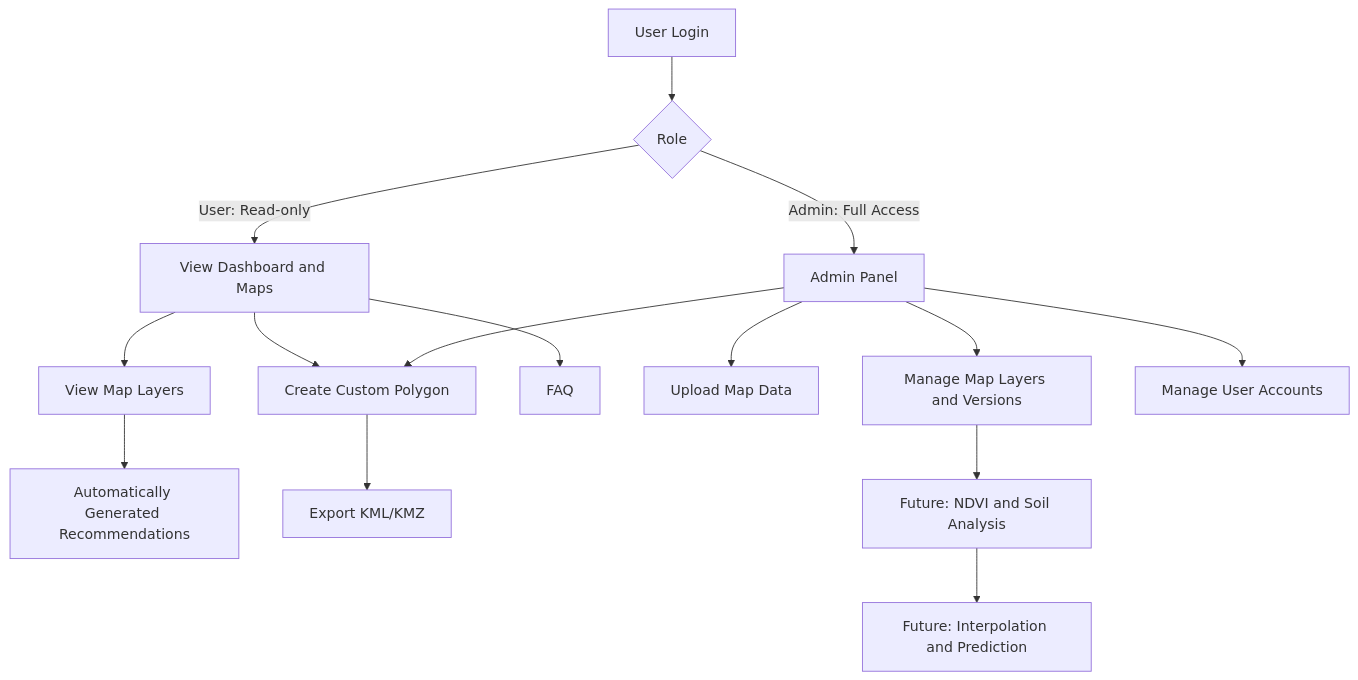
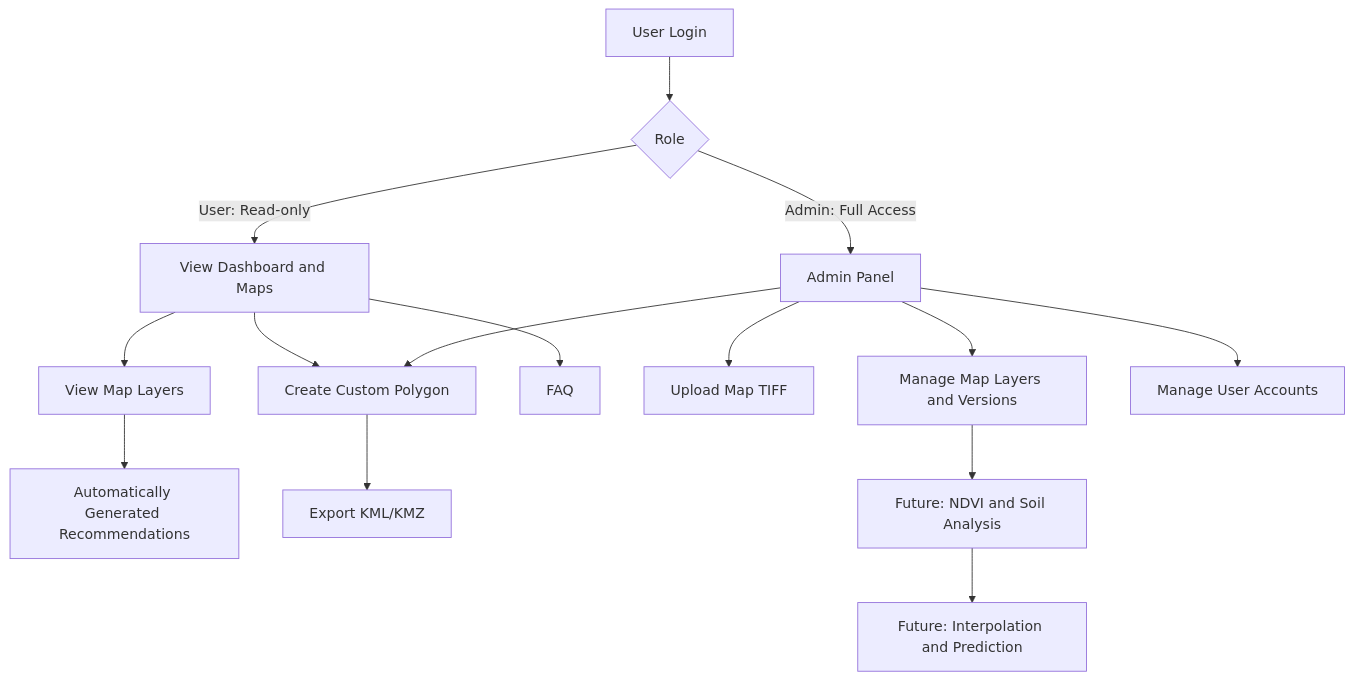
Before and after one commit to dzakyradithyaa/simponitp: the diagram in README.md, drawn with Mermaid. The commit also changed other lines of this file and 74 other files, not shown here.

````diff
--- a/README.md
+++ b/README.md
@@ -19,20 +73,20 @@
 ```mermaid
 flowchart TD
     A[User Login] --> B{Role}
     B -->|User: Read-only| C[View Dashboard and Maps]
     B -->|Admin: Full Access| D[Admin Panel]
 
     C --> E[View Map Layers]
     E --> F[Automatically Generated Recommendations]
     C --> G[Create Custom Polygon]
     G --> H[Export KML/KMZ]
     C --> I[FAQ]
 
-    D --> J[Upload Map Data]
+    D --> J[Upload Map TIFF]
     D --> K[Manage Map Layers and Versions]
     D --> G
     D --> N[Manage User Accounts]
 
     K --> O[Future: NDVI and Soil Analysis]
     O --> P[Future: Interpolation and Prediction]
 ```
````
